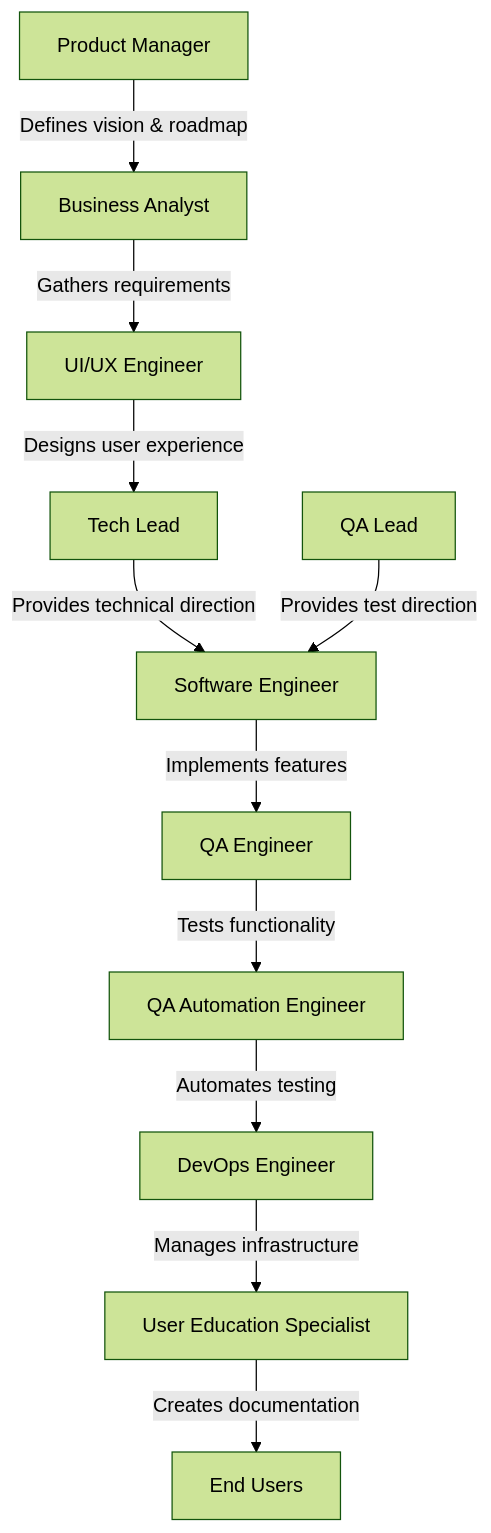
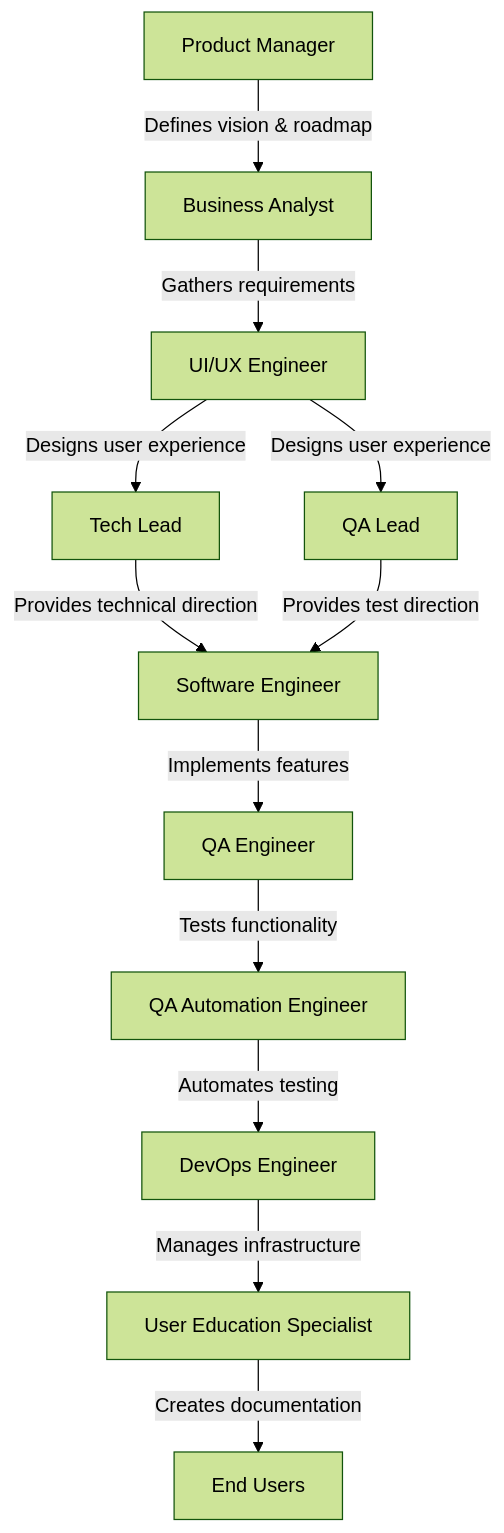
Before and after one commit to utpal-maiti/utpal-maiti: the second of 2 diagrams in InterviewQuestionsAnswers/SDLC/README.md, drawn with Mermaid (forest theme).

````diff
--- a/InterviewQuestionsAnswers/SDLC/README.md
+++ b/InterviewQuestionsAnswers/SDLC/README.md
@@ -170,13 +170,14 @@
 ```mermaid
 flowchart TD
     A[Product Manager]              -->|Defines vision & roadmap    | B[Business Analyst]
     B[Business Analyst]             -->|Gathers requirements        | C[UI/UX Engineer]
     C[UI/UX Engineer]               -->|Designs user experience     | D[Tech Lead]
+    C[UI/UX Engineer]               -->|Designs user experience     | K[QA Lead]
     D[Tech Lead]                    -->|Provides technical direction| E[Software Engineer]
     K[QA Lead]                      -->|Provides test direction     | E[Software Engineer]
     E[Software Engineer]            -->|Implements features         | F[QA Engineer]
     F[QA Engineer]                  -->|Tests functionality         | G[QA Automation Engineer]
     G[QA Automation Engineer]       -->|Automates testing           | H[DevOps Engineer]
     H[DevOps Engineer]              -->|Manages infrastructure      | I[User Education Specialist]
     I[User Education Specialist]    -->|Creates documentation       | J[End Users]
 ```
````
